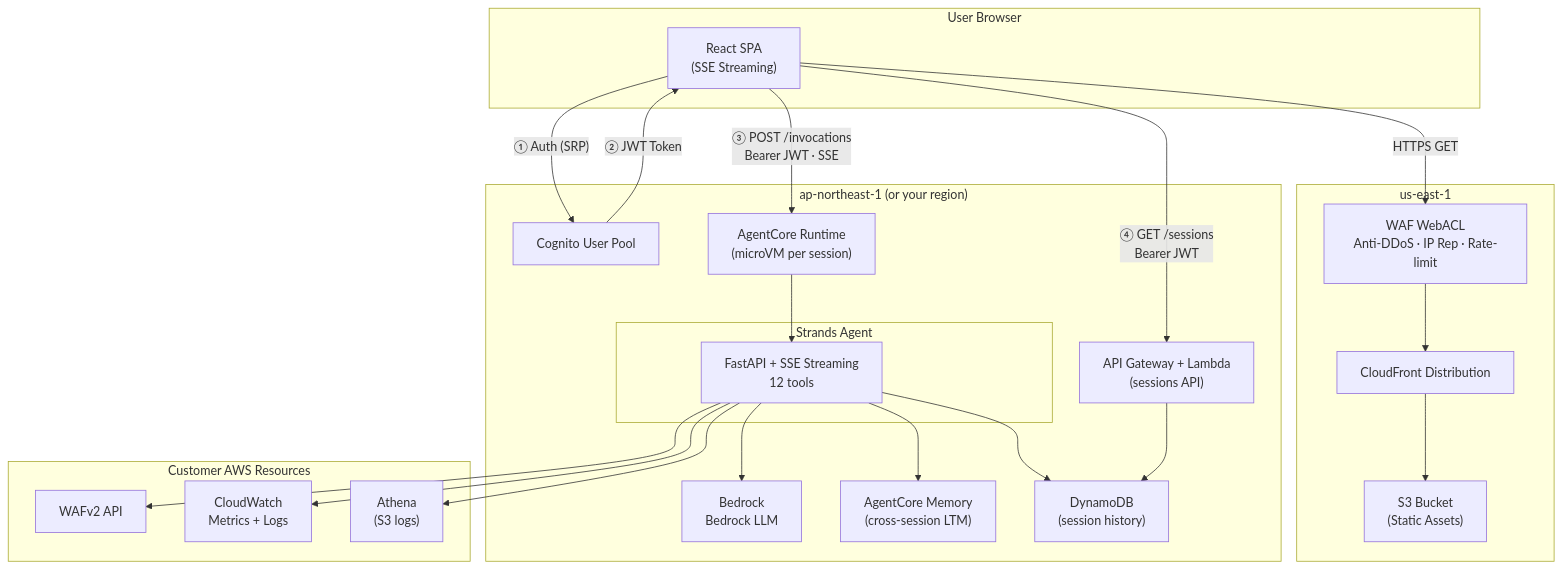
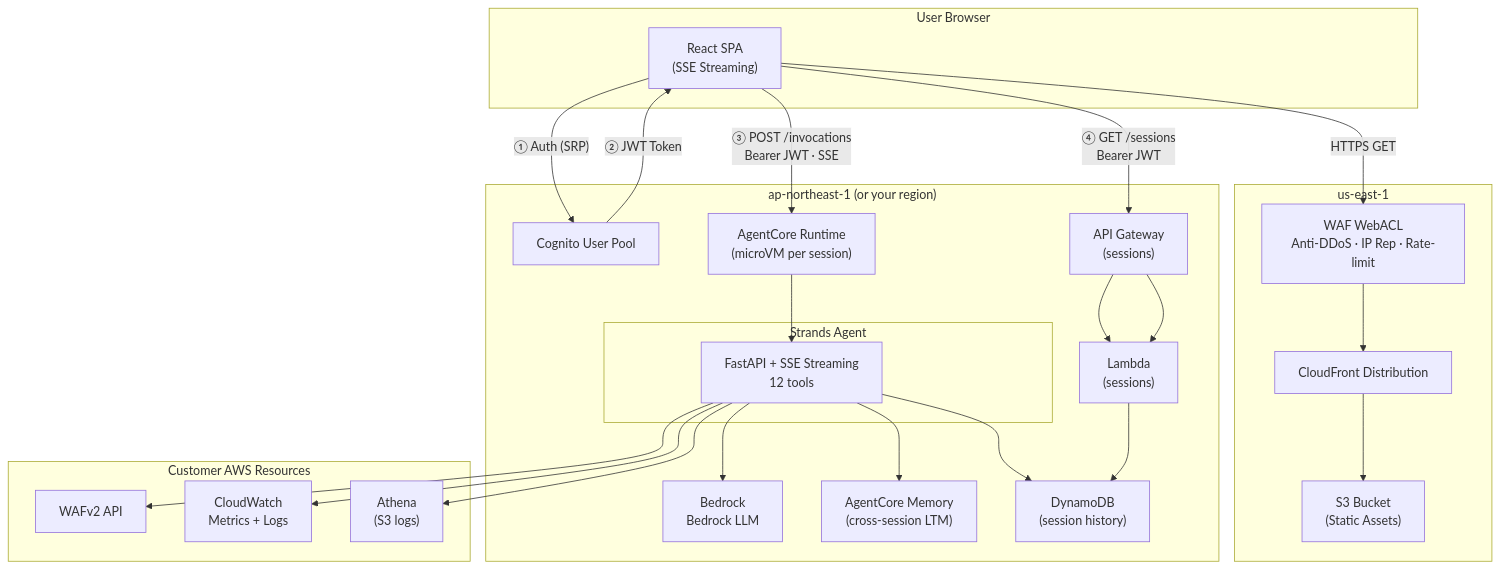
Before and after one commit to aws-samples/sample-building-a-conversational-ai-agent-for-aws-waf-analysis-with-agentcore: the diagram in README.md, drawn with Mermaid. The commit also changed 2 other files, not shown here.

Commit message:
Docs: separate API Gateway and Lambda into individual icons (drawio + mermaid)

````diff
--- a/README.md
+++ b/README.md
@@ -52,45 +52,47 @@
 ```mermaid
 graph TB
     subgraph User["User Browser"]
         SPA["React SPA<br/>(SSE Streaming)"]
     end
 
     subgraph CF["us-east-1"]
         CloudFront["CloudFront Distribution"]
         WAF_FE["WAF WebACL<br/>Anti-DDoS · IP Rep · Rate-limit"]
         S3["S3 Bucket<br/>(Static Assets)"]
     end
 
     subgraph Backend["ap-northeast-1 (or your region)"]
         Cognito["Cognito User Pool"]
         AC["AgentCore Runtime<br/>(microVM per session)"]
         subgraph Agent["Strands Agent"]
             FastAPI["FastAPI + SSE Streaming<br/>12 tools"]
         end
         Bedrock["Bedrock<br/>Bedrock LLM"]
         Memory["AgentCore Memory<br/>(cross-session LTM)"]
         DDB["DynamoDB<br/>(session history)"]
-        APIGW["API Gateway + Lambda<br/>(sessions API)"]
+        APIGW["API Gateway<br/>(sessions)"]
+        Lambda["Lambda<br/>(sessions)"]
     end
 
     subgraph AWS["Customer AWS Resources"]
         WAFv2["WAFv2 API"]
         CW["CloudWatch<br/>Metrics + Logs"]
         Athena["Athena<br/>(S3 logs)"]
     end
 
     SPA -->|"HTTPS GET"| WAF_FE
     WAF_FE --> CloudFront --> S3
     SPA -->|"① Auth (SRP)"| Cognito
     Cognito -->|"② JWT Token"| SPA
     SPA -->|"③ POST /invocations<br/>Bearer JWT · SSE"| AC
     SPA -->|"④ GET /sessions<br/>Bearer JWT"| APIGW
+    APIGW --> Lambda
     AC --> FastAPI
     FastAPI --> Bedrock
     FastAPI --> Memory
     FastAPI --> DDB
-    APIGW --> DDB
+    APIGW --> Lambda --> DDB
     FastAPI --> WAFv2
     FastAPI --> CW
     FastAPI --> Athena
 ```
````
